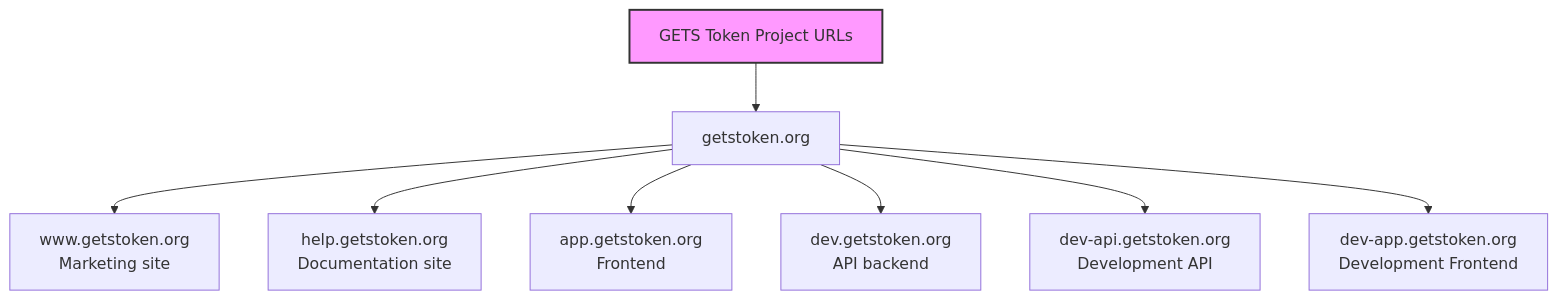
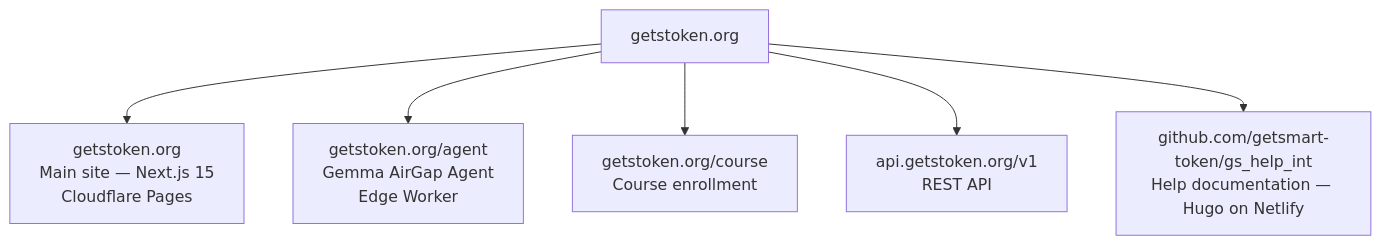
The first of 2 diagrams in content/en/docs/Deployment/internet_architecture.md (getsmart-token/gs_help_int), drawn with Mermaid before and after one commit. The commit also changed other lines of this file and 3 other files, not shown here.

First line of the commit message:
fix: remove help.getstoken.org (inactive) — replace with GitHub repo link

````diff
--- a/content/en/docs/Deployment/internet_architecture.md
+++ b/content/en/docs/Deployment/internet_architecture.md
@@ -16,17 +17,9 @@
 ```mermaid
 graph TD
-    title[GETS Token Project URLs]
-    style title fill:#f9f,stroke:#333,stroke-width:2px
-
     A[getstoken.org]
-    A --> B[www.getstoken.org<br>Marketing site]
-    A --> C[help.getstoken.org<br>Documentation site]
-    A --> D[app.getstoken.org<br>Frontend]
-    A --> E[dev.getstoken.org<br>API backend]
-    A --> F[dev-api.getstoken.org<br>Development API]
-    A --> G[dev-app.getstoken.org<br>Development Frontend]
-
-    title --> A
-
-
+    A --> B[getstoken.org<br>Main site — Next.js 15<br>Cloudflare Pages]
+    A --> C[getstoken.org/agent<br>Gemma AirGap Agent<br>Edge Worker]
+    A --> D[getstoken.org/course<br>Course enrollment]
+    A --> E[api.getstoken.org/v1<br>REST API]
+    A --> F[github.com/getsmart-token/gs_help_int<br>Help documentation — Hugo on Netlify]
 ```
````
